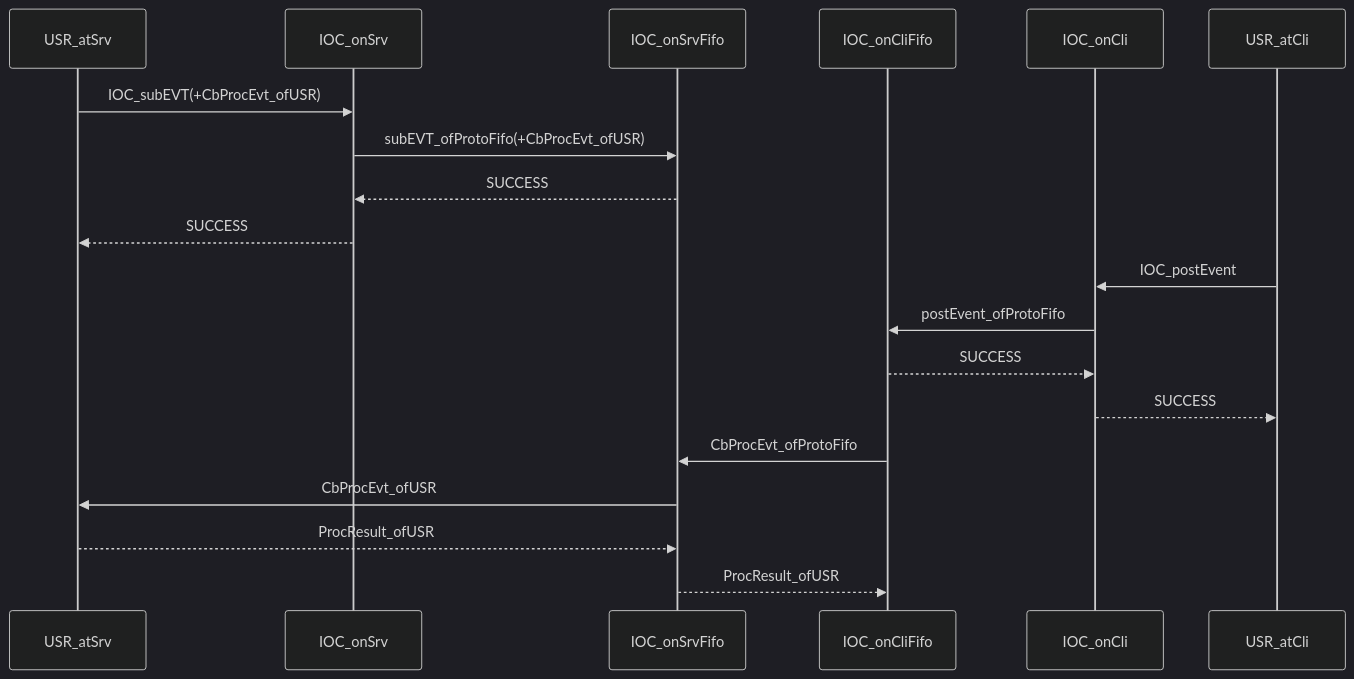
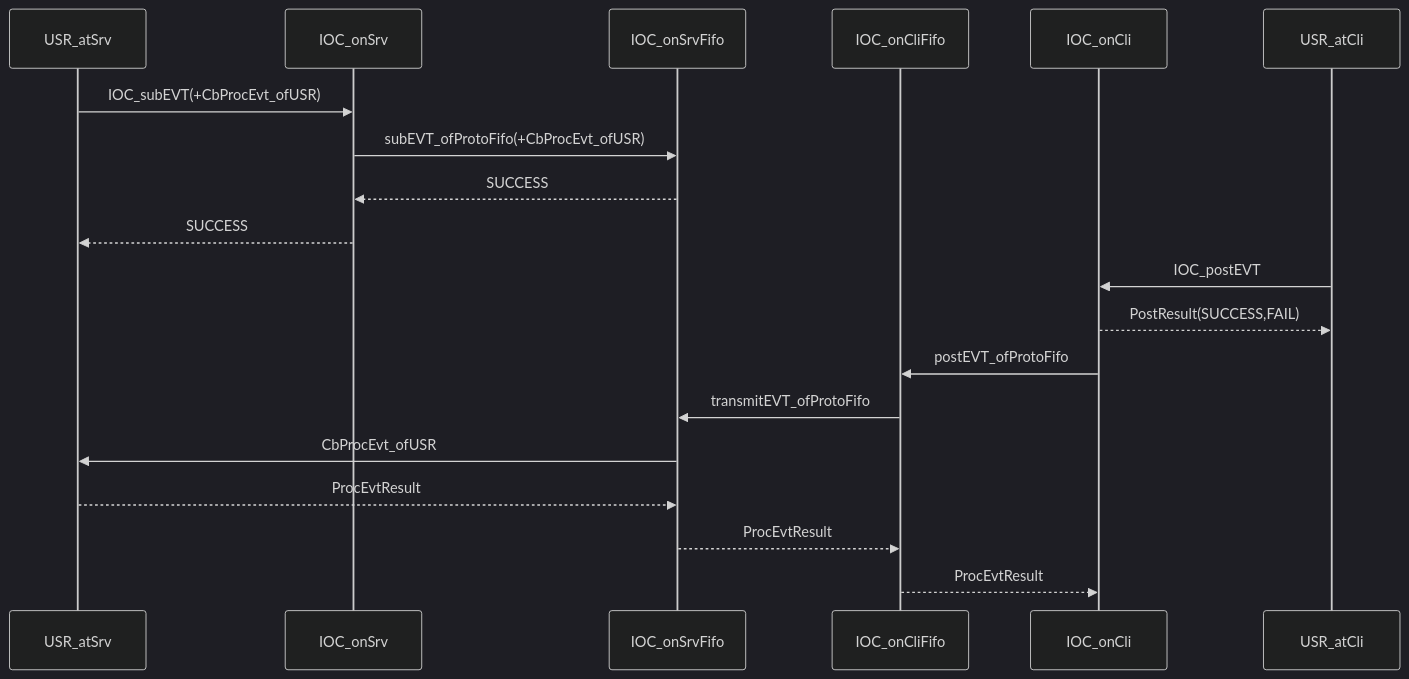
Before and after one commit to EnigmaWU/MyIOC_inTDD_withGHC: the third of 4 diagrams in Source/_IOC_SrvProtoFifo.md, drawn with Mermaid (dark theme). The commit also changed other lines of this file, not shown here.

Commit message:
更新IOC在线服务与连接服务的时序图，增强事件发布与广播的交互流程描述

````diff
--- a/Source/_IOC_SrvProtoFifo.md
+++ b/Source/_IOC_SrvProtoFifo.md
@@ -61,25 +62,24 @@
 ```mermaid
 sequenceDiagram
     participant USR_atSrv 
     participant IOC_onSrv
     participant IOC_onSrvFifo 
     participant IOC_onCliFifo
     participant IOC_onCli
     participant USR_atCli
 
     USR_atSrv->>IOC_onSrv: IOC_subEVT(+CbProcEvt_ofUSR)
     IOC_onSrv->>IOC_onSrvFifo: subEVT_ofProtoFifo(+CbProcEvt_ofUSR)
     IOC_onSrvFifo-->>IOC_onSrv: SUCCESS
     IOC_onSrv-->>USR_atSrv: SUCCESS
 
-    USR_atCli->>IOC_onCli: IOC_postEvent
-    IOC_onCli->>IOC_onCliFifo: postEvent_ofProtoFifo
+    USR_atCli->>IOC_onCli: IOC_postEVT
+    IOC_onCli-->>USR_atCli: PostResult(SUCCESS,FAIL)
 
-    IOC_onCliFifo-->>IOC_onCli: SUCCESS
-    IOC_onCli-->>USR_atCli: SUCCESS
-
-    IOC_onCliFifo->>IOC_onSrvFifo: CbProcEvt_ofProtoFifo
+    IOC_onCli->>IOC_onCliFifo: postEVT_ofProtoFifo
+    IOC_onCliFifo->>IOC_onSrvFifo: transmitEVT_ofProtoFifo
     IOC_onSrvFifo->>USR_atSrv: CbProcEvt_ofUSR
-    USR_atSrv-->>IOC_onSrvFifo: ProcResult_ofUSR
-    IOC_onSrvFifo-->>IOC_onCliFifo: ProcResult_ofUSR
+    USR_atSrv-->>IOC_onSrvFifo: ProcEvtResult   
+    IOC_onSrvFifo-->>IOC_onCliFifo: ProcEvtResult
+    IOC_onCliFifo-->>IOC_onCli: ProcEvtResult
 ```
````
